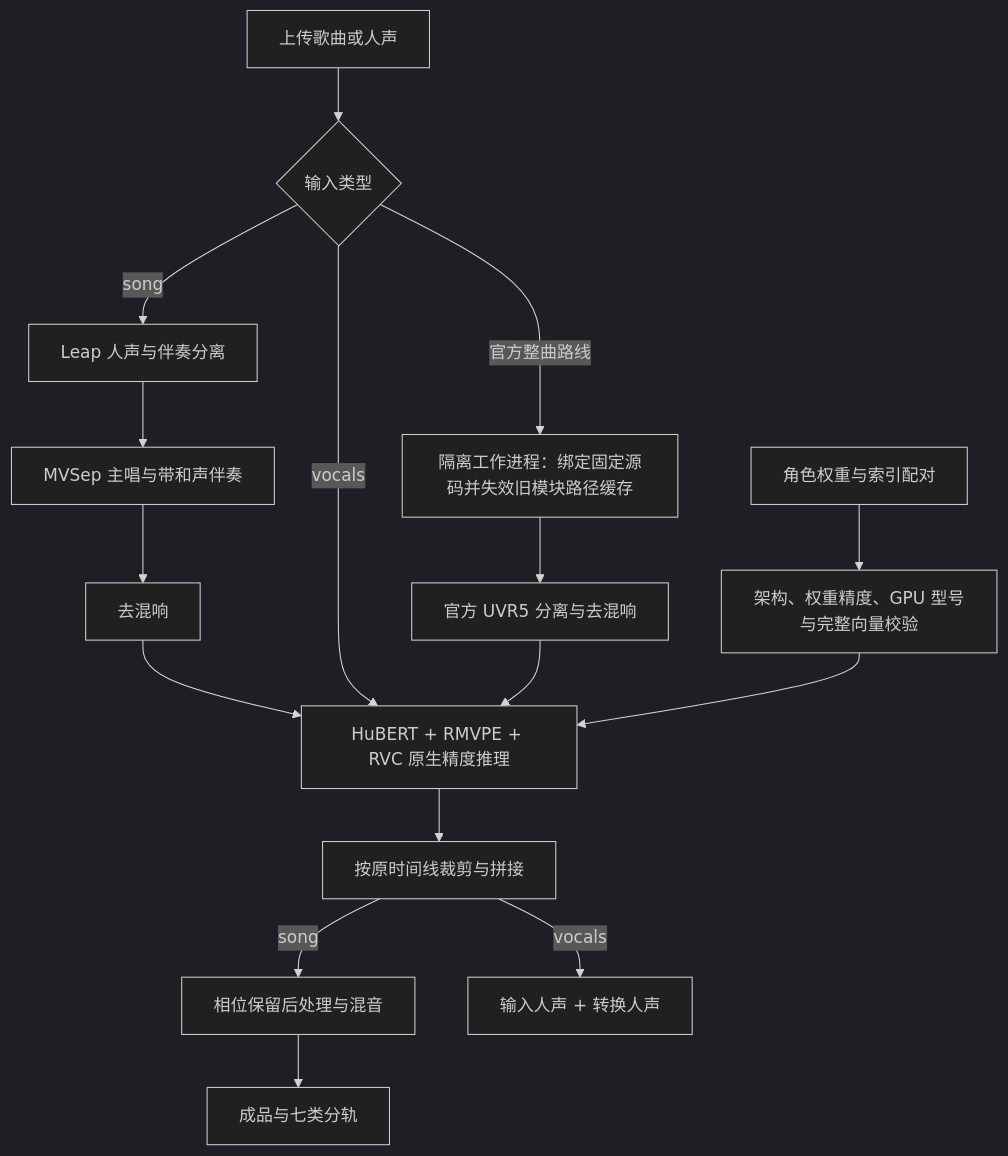
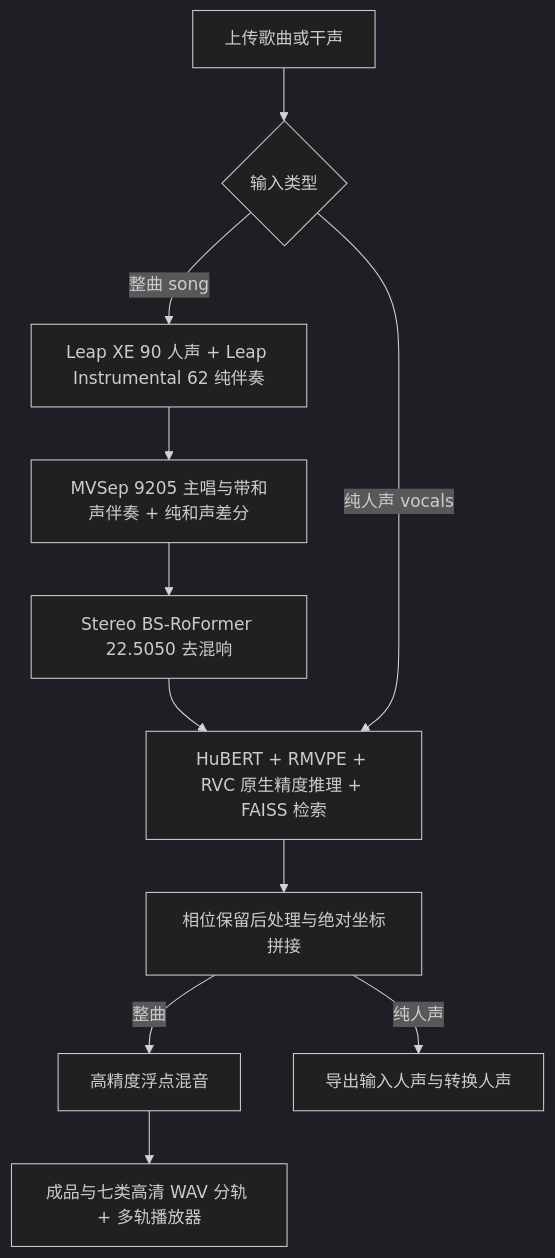
Before and after one commit to mason369/AI-RVC: the diagram in README.md, drawn with Mermaid (dark theme). The commit also changed other lines of this file and 54 other files, not shown here.

````diff
--- a/README.md
+++ b/README.md
@@ -436,18 +246,13 @@
 ```mermaid
 flowchart TD
-    A[上传歌曲或人声] --> B{输入类型}
-    B -->|song| C[Leap 人声与伴奏分离]
-    C --> D[MVSep 主唱与带和声伴奏]
-    D --> E[去混响]
-    E --> F[HuBERT + RMVPE + RVC 原生精度推理]
-    B -->|vocals| F
-    B -->|官方整曲路线| U[隔离工作进程：绑定固定源码并失效旧模块路径缓存]
-    U --> V[官方 UVR5 分离与去混响]
-    V --> F
-    M[角色权重与索引配对] --> N[架构、权重精度、GPU 型号与完整向量校验]
-    N --> F
-    F --> G[按原时间线裁剪与拼接]
-    G -->|song| H[相位保留后处理与混音]
-    G -->|vocals| I[输入人声 + 转换人声]
-    H --> J[成品与七类分轨]
+    A[上传歌曲或干声] --> B{输入类型}
+    B -->|整曲 song| C[Leap XE 90 人声 + Leap Instrumental 62 纯伴奏]
+    C --> D[MVSep 9205 主唱与带和声伴奏 + 纯和声差分]
+    D --> E[Stereo BS-RoFormer 22.5050 去混响]
+    E --> F[HuBERT + RMVPE + RVC 原生精度推理 + FAISS 检索]
+    B -->|纯人声 vocals| F
+    F --> G[相位保留后处理与绝对坐标拼接]
+    G -->|整曲| H[高精度浮点混音]
+    G -->|纯人声| I[导出输入人声与转换人声]
+    H --> J[成品与七类高清 WAV 分轨 + 多轨播放器]
 ```
````
